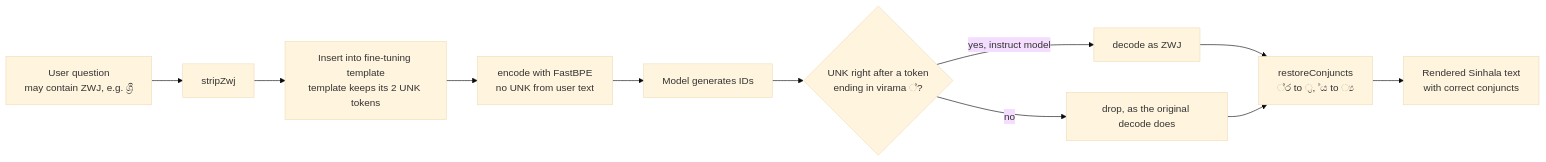
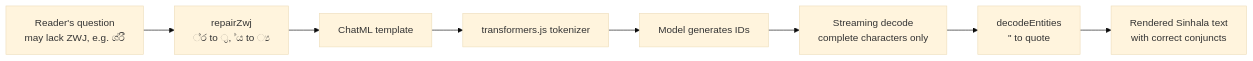
The second of 6 diagrams in docs/sinhalalm-browser-proposal.md (sinsankio/sinhalalm-offline), drawn with Mermaid (base theme) before and after one commit. The commit also changed other lines of this file, not shown here.

First line of the commit message:
docs: Revise proposal for SinhalaLLM-1.7B

````diff
--- a/docs/sinhalalm-browser-proposal.md
+++ b/docs/sinhalalm-browser-proposal.md
@@ -244,13 +162,10 @@
 ```mermaid
 flowchart LR
-  U["User question<br/>may contain ZWJ, e.g. ශ්‍රී"] --> S["stripZwj"]
-  S --> TPL["Insert into fine-tuning template<br/>template keeps its 2 UNK tokens"]
-  TPL --> ENC["encode with FastBPE<br/>no UNK from user text"]
+  U["Reader's question<br/>may lack ZWJ, e.g. ශ්රී"] --> R["repairZwj<br/>්ර to ්‍ර, ්ය to ්‍ය"]
+  R --> T["ChatML template"]
+  T --> ENC["transformers.js tokenizer"]
   ENC --> M["Model generates IDs"]
-  M --> Q{"UNK right after a token<br/>ending in virama ්?"}
-  Q -->|"yes, instruct model"| Z["decode as ZWJ"]
-  Q -->|"no"| DR["drop, as the original decode does"]
-  Z --> RC["restoreConjuncts<br/>්ර to ්‍ර, ්ය to ්‍ය"]
-  DR --> RC
-  RC --> OUT["Rendered Sinhala text<br/>with correct conjuncts"]
+  M --> DEC["Streaming decode<br/>complete characters only"]
+  DEC --> HE["decodeEntities<br/>&quot; to quote"]
+  HE --> OUT["Rendered Sinhala text<br/>with correct conjuncts"]
 ```
````
